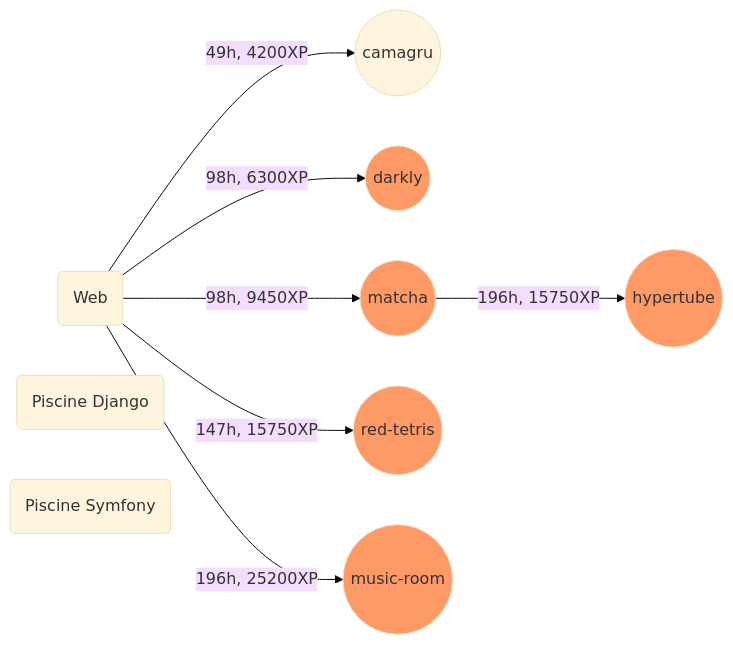
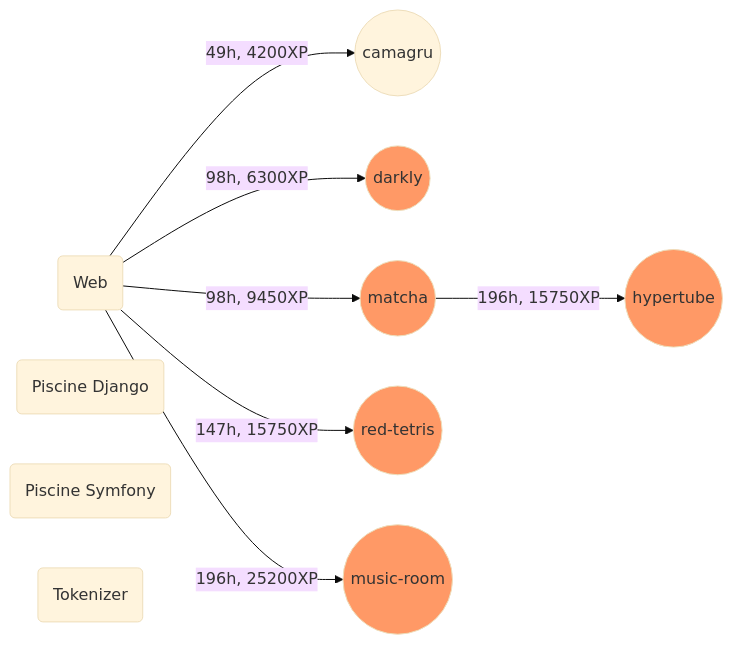
The third of 6 diagrams in README.md (jmcheon/web_mobile_branch), drawn with Mermaid (base theme) before and after one commit. The commit also changed other lines of this file, not shown here.

````diff
--- a/README.md
+++ b/README.md
@@ -60,16 +70,17 @@
 ```mermaid
 flowchart LR
 	p(Piscine Django)
 	p1(Piscine Symfony)
+	p2(Tokenizer)
 	A((camagru))
 	B((darkly)):::group
 	F((hypertube)):::group
 	0(Web)
 	0 --49h, 4200XP --> A
 	0 -- 98h, 6300XP --> B
 	0 -- 98h, 9450XP --> C((matcha)):::group
 	0 -- 147h, 15750XP --> D((red-tetris)):::group
 	0 -- 196h, 25200XP --> E((music-room)):::group
 	C -- 196h, 15750XP --> F
     classDef group fill:#f96
 ```
````
